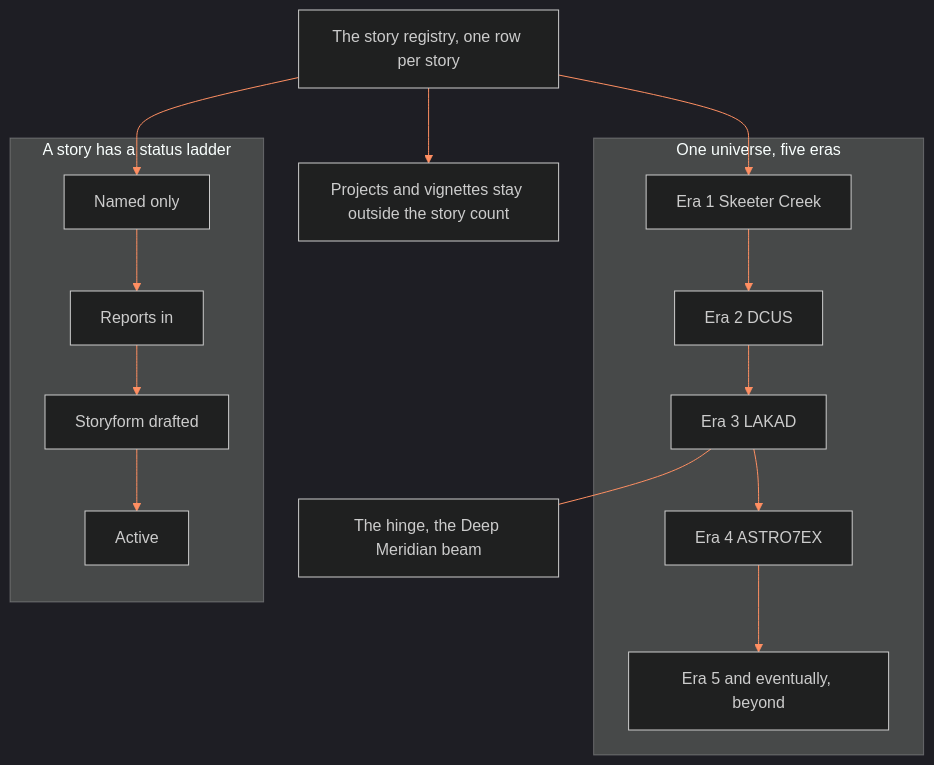
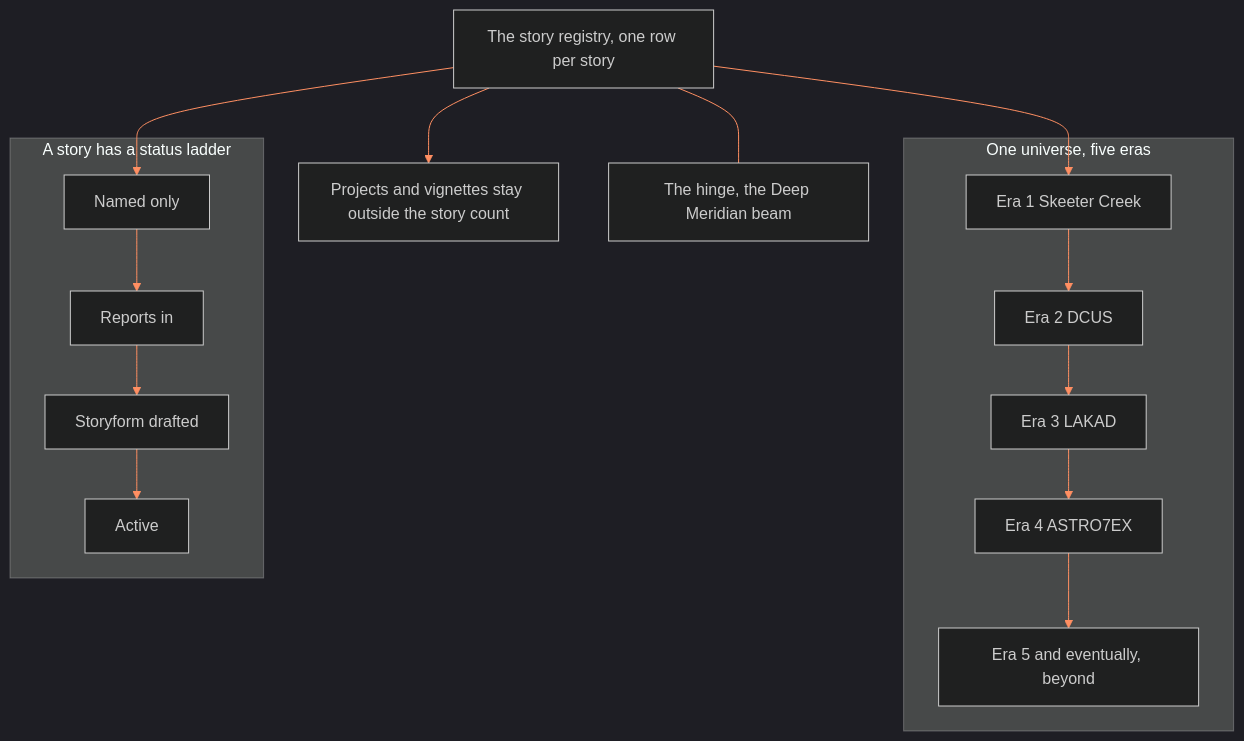
Before and after one commit to leechseed/_setsunadev: the diagram in ShroomsQ/_CANON/_DOCS/01_NARRATIVE_FRAMEWORKS/ssot_01_story_registry/1-concept.md, drawn with Mermaid. The commit also changed 44 other files, not shown here.

````diff
--- a/ShroomsQ/_CANON/_DOCS/01_NARRATIVE_FRAMEWORKS/ssot_01_story_registry/1-concept.md
+++ b/ShroomsQ/_CANON/_DOCS/01_NARRATIVE_FRAMEWORKS/ssot_01_story_registry/1-concept.md
@@ -19,19 +19,19 @@
 ```mermaid
 %%{init: {"theme": "dark", "themeVariables": {"primaryColor": "#2A1A12", "primaryBorderColor": "#FF5A1F", "primaryTextColor": "#F2EDE6", "lineColor": "#FF8F62", "fontFamily": "Atkinson Hyperlegible, sans-serif"}}}%%
 flowchart TD
   R["The story registry, one row per story"] --> E1
   R --> S1
   R --> PV["Projects and vignettes stay outside the story count"]
   subgraph ER["One universe, five eras"]
     E1["Era 1 Skeeter Creek"] --> E2["Era 2 DCUS"]
     E2 --> E3["Era 3 LAKAD"]
     E3 --> E4["Era 4 ASTRO7EX"]
     E4 --> E5["Era 5 and eventually, beyond"]
   end
   subgraph ST["A story has a status ladder"]
     S1["Named only"] --> S2["Reports in"]
     S2 --> S3["Storyform drafted"]
     S3 --> S4["Active"]
   end
-  E3 --- HG["The hinge, the Deep Meridian beam"]
+  R --- HG["The hinge, the Deep Meridian beam"]
 ```
````
